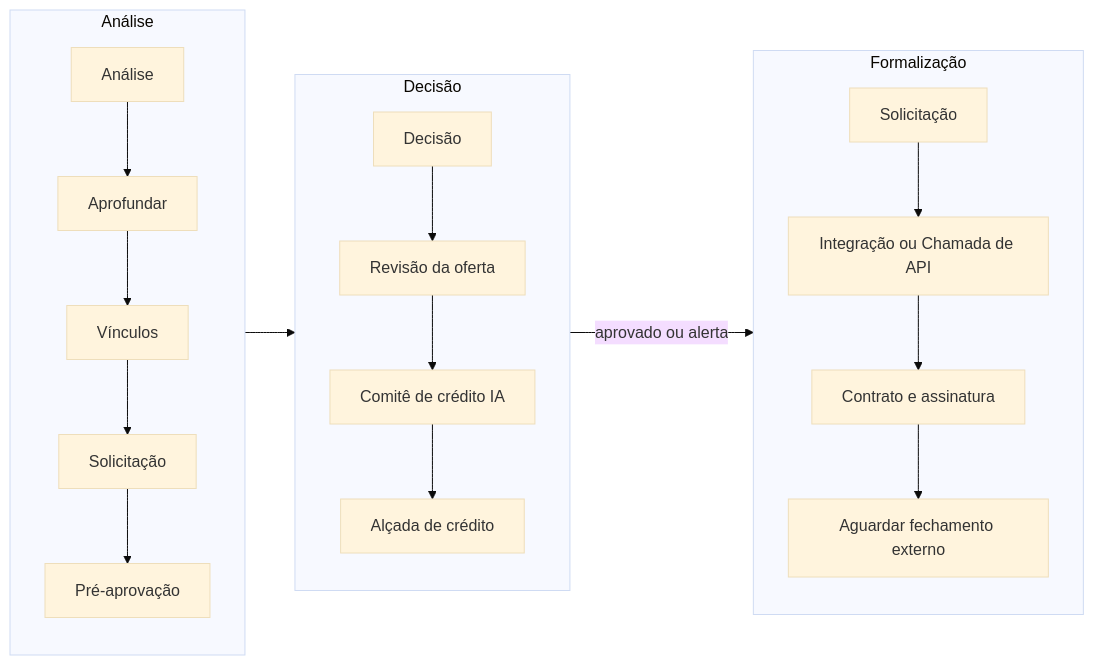
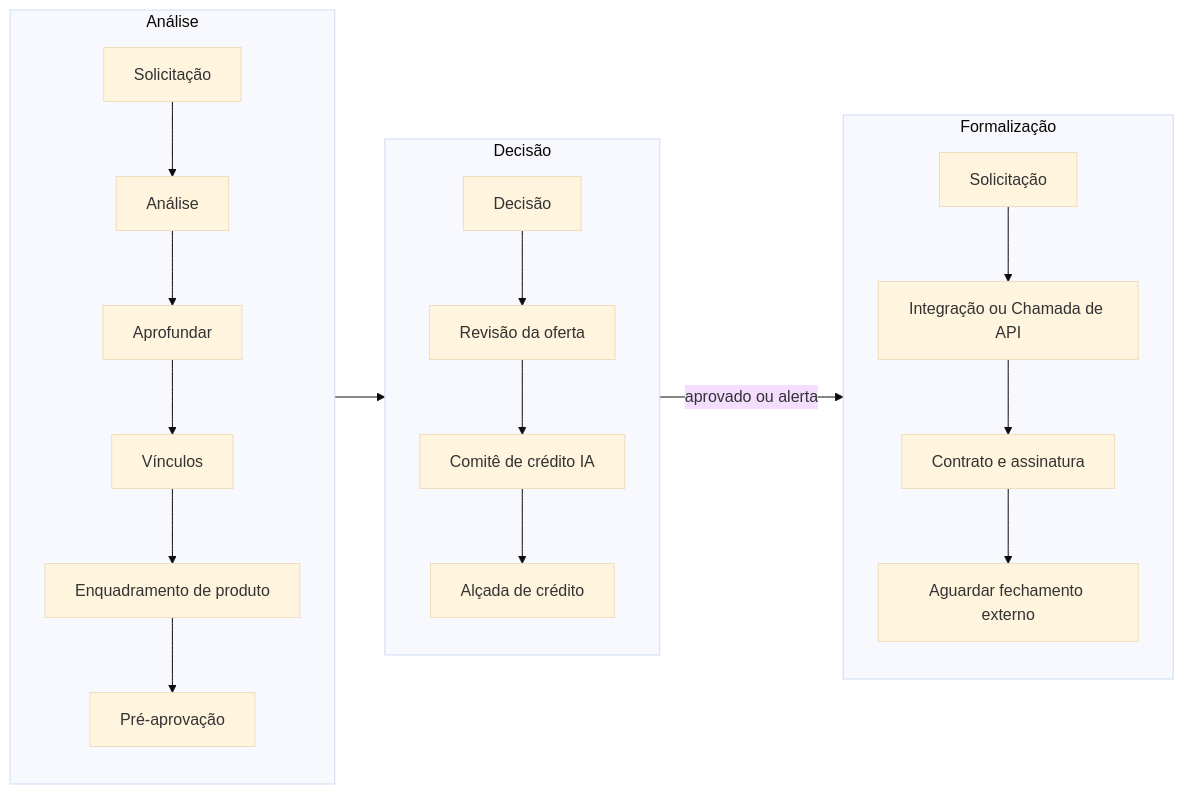
Before and after one commit to gyramais/gyra-mintlify-api-docs: the diagram in esteiras/visao-geral.mdx, drawn with Mermaid (base theme). The commit also changed other lines of this file and 115 other files, not shown here.

````diff
--- a/esteiras/visao-geral.mdx
+++ b/esteiras/visao-geral.mdx
@@ -36,21 +50,22 @@
 ```mermaid
 flowchart LR
   subgraph A["Análise"]
-    A1[Análise] --> A2[Aprofundar]
+    A0[Solicitação] --> A1[Análise]
+    A1 --> A2[Aprofundar]
     A2 --> A3[Vínculos]
-    A3 --> A4[Solicitação]
-    A4 --> A5[Pré-aprovação]
+    A3 --> A6[Enquadramento de produto]
+    A6 --> A5[Pré-aprovação]
   end
   subgraph D["Decisão"]
     D1[Decisão] --> D2[Revisão da oferta]
     D2 --> D3[Comitê de crédito IA]
     D3 --> D4[Alçada de crédito]
   end
   subgraph F["Formalização"]
     F1[Solicitação] --> F2[Integração ou Chamada de API]
     F2 --> F3[Contrato e assinatura]
     F3 --> F4[Aguardar fechamento externo]
   end
   A --> D
   D -- "aprovado ou alerta" --> F
 ```
````
